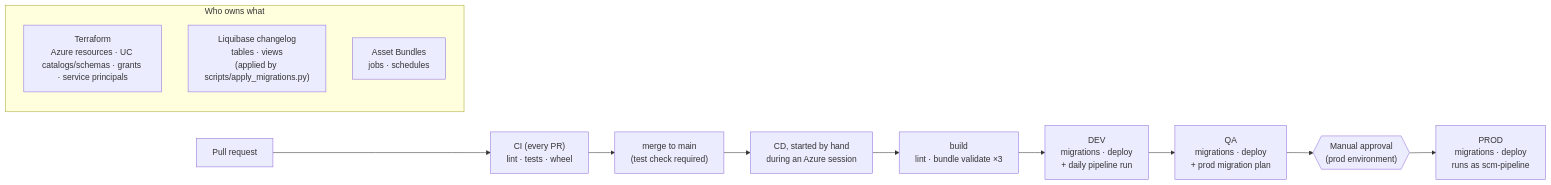
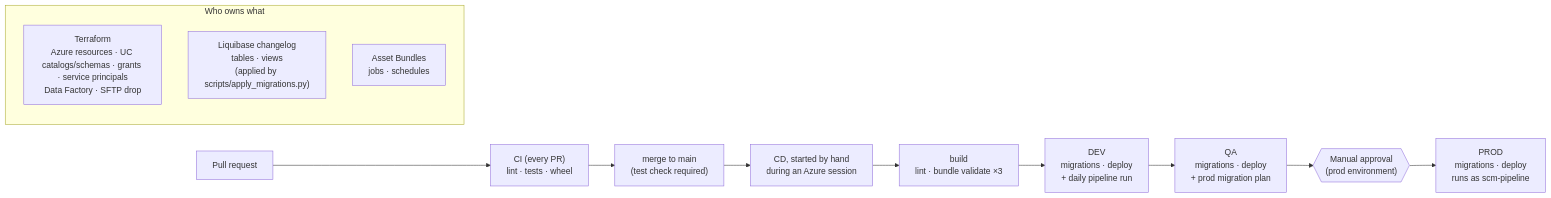
One commit to Jigar-Jk/supply_chain_management_end-to-end_pipeline changed the fourth of 4 diagrams in docs/architecture.md. Above: the diagram before and after it, drawn with Mermaid. The commit also changed other lines of this file and 21 other files, not shown here.

First line of the commit message:
feat: WMS stock file as CSV via SFTP drop and Azure Data Factory; diagram updated (#15)

````diff
--- a/docs/architecture.md
+++ b/docs/architecture.md
@@ -165,14 +170,14 @@
 ```mermaid
 flowchart LR
   PR["Pull request"] --> CI["CI (every PR)<br/>lint · tests · wheel"] --> MAIN["merge to main<br/>(test check required)"]
   MAIN --> RUN["CD, started by hand<br/>during an Azure session"]
   RUN --> B["build<br/>lint · bundle validate ×3"] --> D1["DEV<br/>migrations · deploy<br/>+ daily pipeline run"]
   D1 --> D2["QA<br/>migrations · deploy<br/>+ prod migration plan"] --> APP{{"Manual approval<br/>(prod environment)"}}
   APP --> D3["PROD<br/>migrations · deploy<br/>runs as scm-pipeline"]
 
   subgraph OWN["Who owns what"]
-    TF["Terraform<br/>Azure resources · UC catalogs/schemas · grants · service principals"]
+    TF["Terraform<br/>Azure resources · UC catalogs/schemas · grants · service principals<br/>Data Factory · SFTP drop"]
     LB["Liquibase changelog<br/>tables · views<br/>(applied by scripts/apply_migrations.py)"]
     DAB["Asset Bundles<br/>jobs · schedules"]
   end
 ```
````
